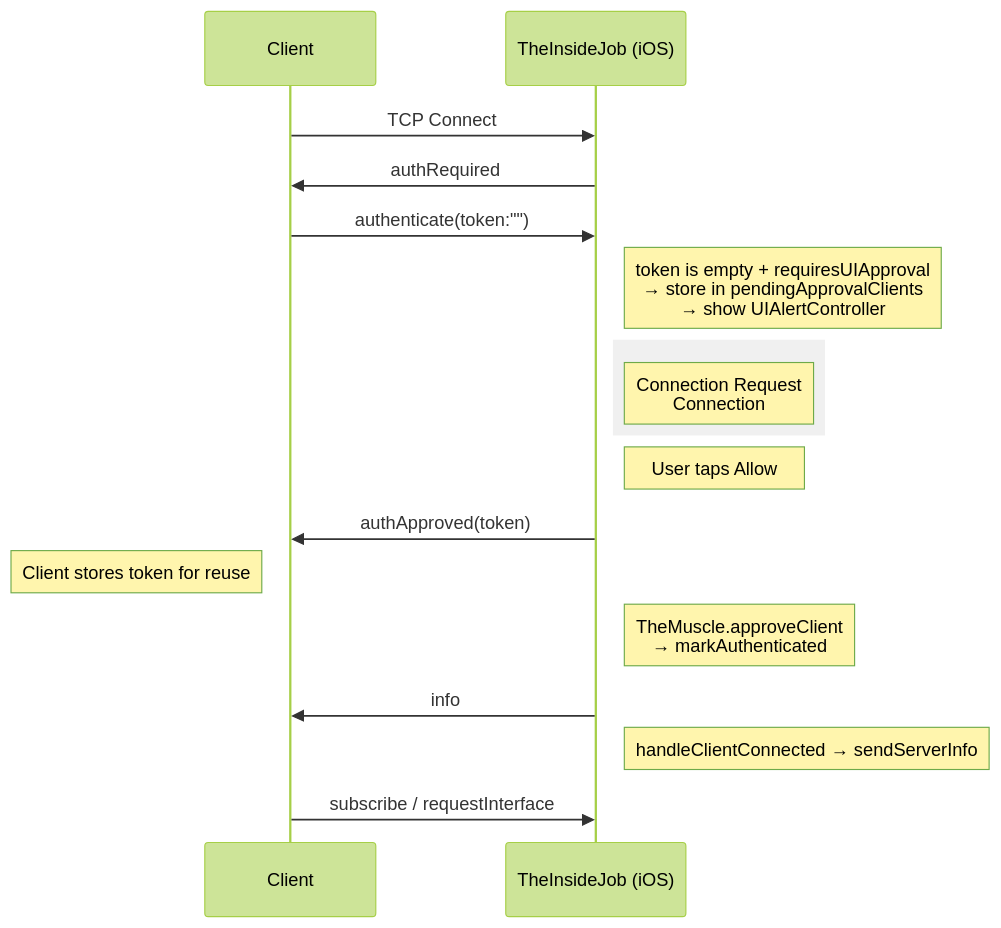
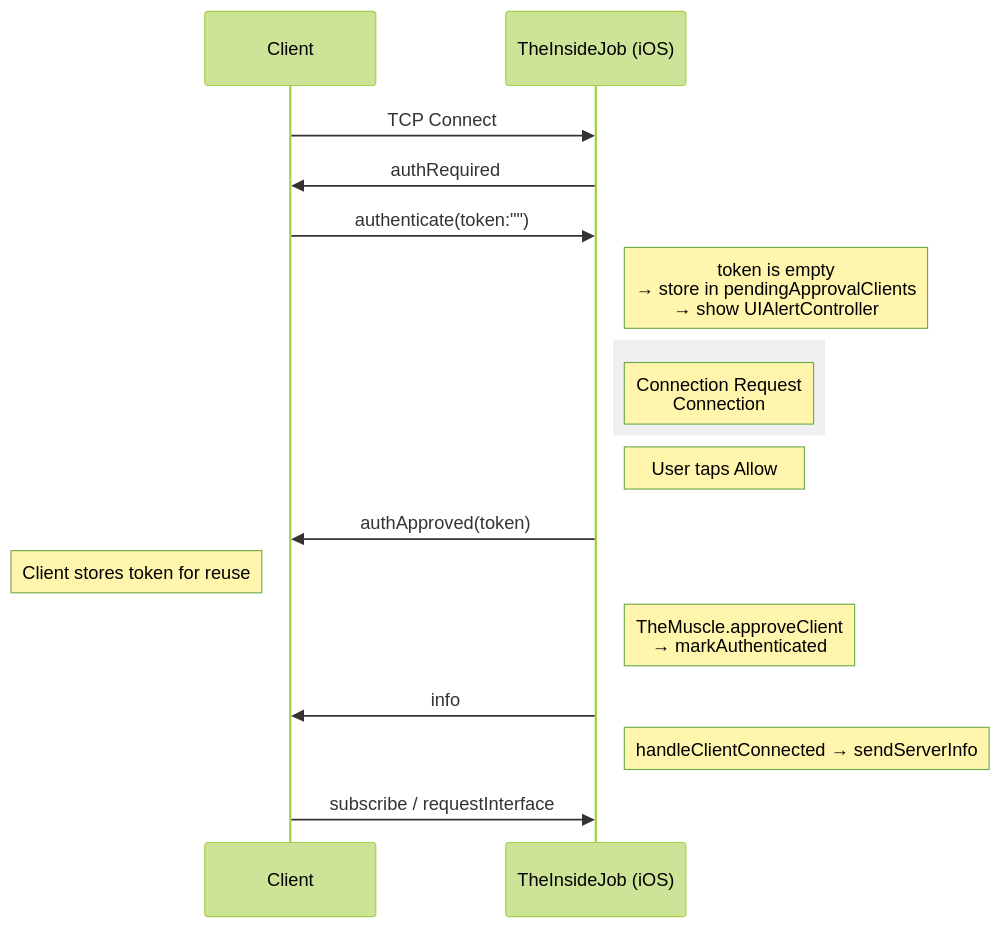
Before and after one commit to RoyalPineapple/TheButtonHeist: the third of 5 diagrams in docs/AUTH.md, drawn with Mermaid (forest theme). The commit also changed other lines of this file and 15 other files, not shown here.

````diff
--- a/docs/AUTH.md
+++ b/docs/AUTH.md
@@ -89,22 +87,22 @@
 ```mermaid
 sequenceDiagram
     participant Client
     participant TheInsideJob as TheInsideJob (iOS)
 
     Client->>TheInsideJob: TCP Connect
     TheInsideJob->>Client: authRequired
     Client->>TheInsideJob: authenticate(token:"")
-    Note right of TheInsideJob: token is empty + requiresUIApproval<br/>→ store in pendingApprovalClients<br/>→ show UIAlertController
+    Note right of TheInsideJob: token is empty<br/>→ store in pendingApprovalClients<br/>→ show UIAlertController
 
     rect rgb(240, 240, 240)
         Note right of TheInsideJob: Connection Request<br/>Connection #N is requesting access.<br/>[Deny] [Allow]
     end
 
     Note right of TheInsideJob: User taps Allow
     TheInsideJob->>Client: authApproved(token)
     Note left of Client: Client stores token for reuse
     Note right of TheInsideJob: TheMuscle.approveClient<br/>→ markAuthenticated
     TheInsideJob->>Client: info
     Note right of TheInsideJob: handleClientConnected → sendServerInfo
     Client->>TheInsideJob: subscribe / requestInterface
 ```
````
